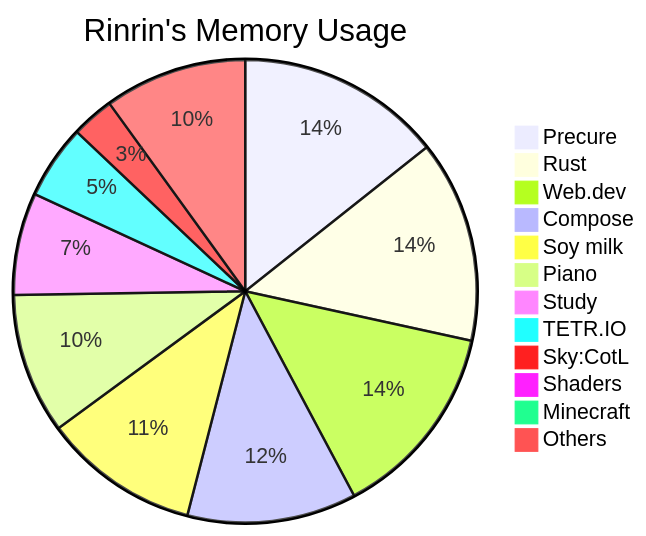
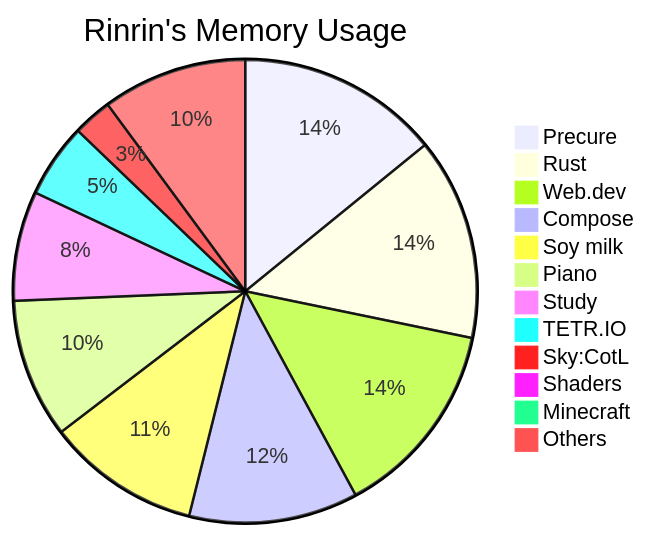
Before and after one commit to Rinrin0413/Rinrin0413: the diagram in README.md, drawn with Mermaid.

Commit message:
🛠 Update: Rinrin's Memory Usage

````diff
--- a/README.md
+++ b/README.md
@@ -76,15 +76,15 @@
 ```mermaid
 pie title Rinrin's Memory Usage
-    "Precure": 598
-    "Rust": 589
-    "Web.dev": 575
-    "Compose": 493
-    "Soy milk": 455
-    "Piano": 410
-    "Study": 298
-    "TETR.IO": 216
-    "Sky:CotL": 124
+    "Precure": 587
+    "Rust": 586
+    "Web.dev": 576
+    "Compose": 490
+    "Soy milk": 445
+    "Piano": 404
+    "Study": 318
+    "TETR.IO": 215
+    "Sky:CotL": 113
     "Shaders": 30
     "Minecraft": 30
-    "Others": 416
+    "Others": 420
 ```
````
